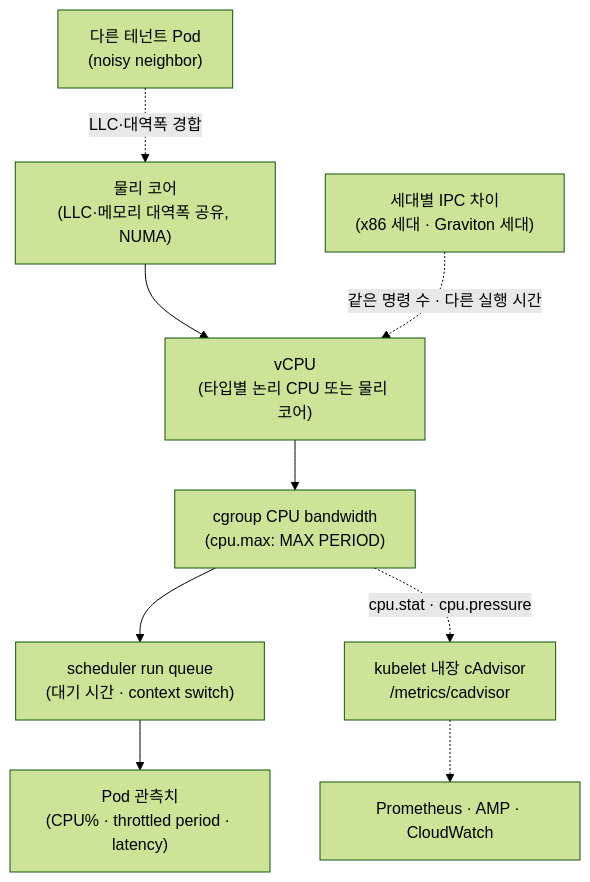
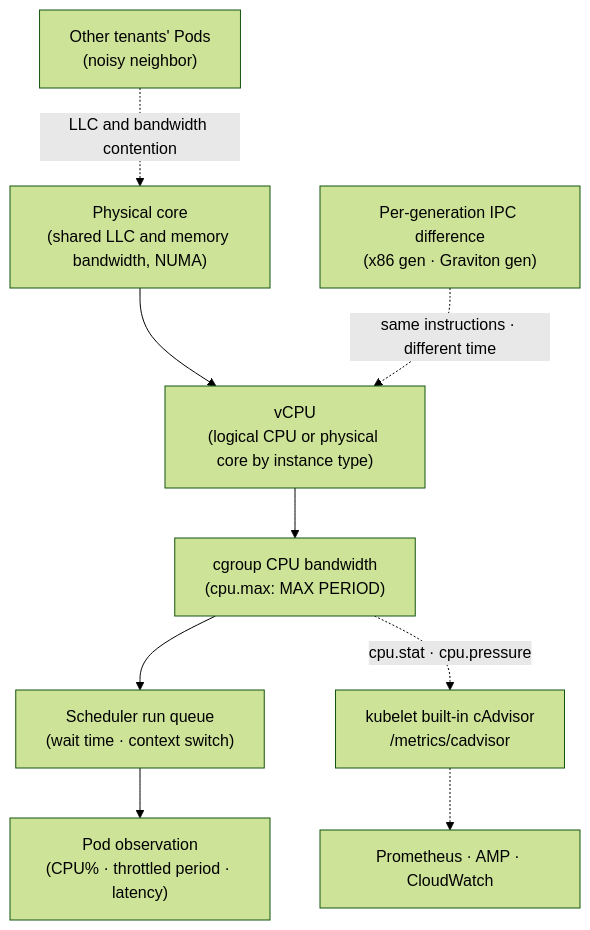
One commit to devfloor9/engineering-playbook changed the diagram in docs/eks-best-practices/resource-cost/cpu-sizing-comparability.md. Above: the diagram before and after it, drawn with Mermaid (forest theme). The commit also changed other lines of this file and 954 other files, not shown here.

````diff
--- a/docs/eks-best-practices/resource-cost/cpu-sizing-comparability.md
+++ b/docs/eks-best-practices/resource-cost/cpu-sizing-comparability.md
@@ -53,11 +53,11 @@
 ```mermaid
 flowchart TB
-    PC["물리 코어<br/>(LLC·메모리 대역폭 공유, NUMA)"] --> VCPU["vCPU<br/>(타입별 논리 CPU 또는 물리 코어)"]
+    PC["Physical core<br/>(shared LLC and memory bandwidth, NUMA)"] --> VCPU["vCPU<br/>(logical CPU or physical core by instance type)"]
     VCPU --> CG["cgroup CPU bandwidth<br/>(cpu.max: MAX PERIOD)"]
-    CG --> RQ["scheduler run queue<br/>(대기 시간 · context switch)"]
-    RQ --> OBS["Pod 관측치<br/>(CPU% · throttled period · latency)"]
-    NOISE["다른 테넌트 Pod<br/>(noisy neighbor)"] -.->|LLC·대역폭 경합| PC
-    IPC["세대별 IPC 차이<br/>(x86 세대 · Graviton 세대)"] -.->|같은 명령 수 · 다른 실행 시간| VCPU
-    CG -.->|cpu.stat · cpu.pressure| MET["kubelet 내장 cAdvisor<br/>/metrics/cadvisor"]
+    CG --> RQ["Scheduler run queue<br/>(wait time · context switch)"]
+    RQ --> OBS["Pod observation<br/>(CPU% · throttled period · latency)"]
+    NOISE["Other tenants' Pods<br/>(noisy neighbor)"] -.->|LLC and bandwidth contention| PC
+    IPC["Per-generation IPC difference<br/>(x86 gen · Graviton gen)"] -.->|same instructions · different time| VCPU
+    CG -.->|cpu.stat · cpu.pressure| MET["kubelet built-in cAdvisor<br/>/metrics/cadvisor"]
     MET -.-> SINK["Prometheus · AMP · CloudWatch"]
 ```
````
